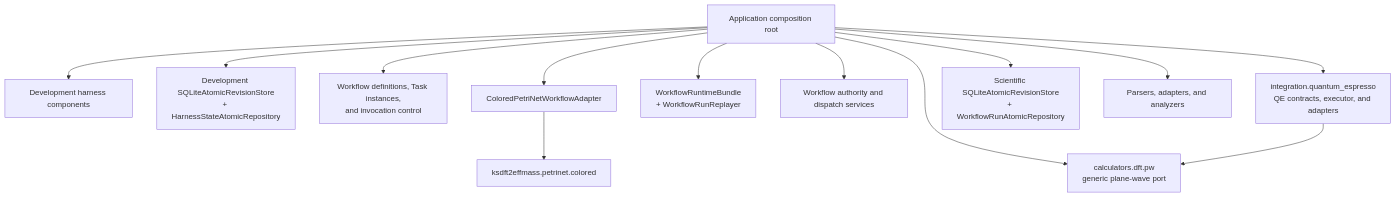
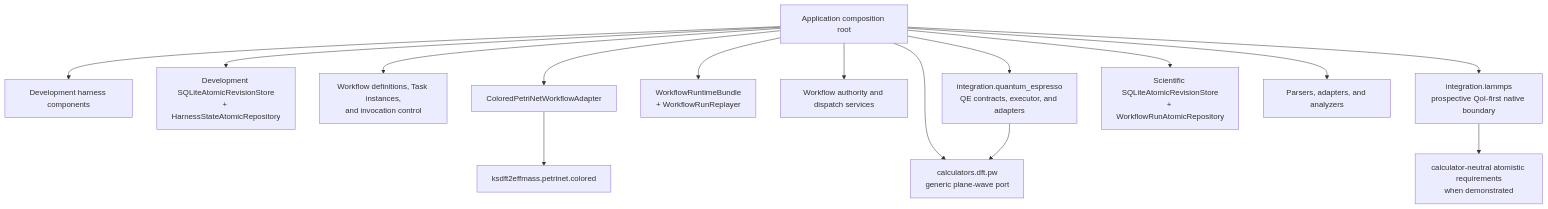
The diagram in docs/architecture/v2/ksdft2effmass/application/index.md (eragasa/ksdft2effmass), drawn with Mermaid before and after one commit. The commit also changed other lines of this file and 57 other files, not shown here.

````diff
--- a/docs/architecture/v2/ksdft2effmass/application/index.md
+++ b/docs/architecture/v2/ksdft2effmass/application/index.md
@@ -7,15 +7,17 @@
 ```mermaid
 flowchart TD
     app["Application composition root"] --> harness["Development harness components"]
     app --> harness_store["Development SQLiteAtomicRevisionStore<br/>+ HarnessStateAtomicRepository"]
     app --> workflow["Workflow definitions, Task instances,<br/>and invocation control"]
     app --> adapter["ColoredPetriNetWorkflowAdapter"]
     adapter --> generic["ksdft2effmass.petrinet.colored"]
     app --> replay["WorkflowRuntimeBundle<br/>+ WorkflowRunReplayer"]
     app --> authority["Workflow authority and dispatch services"]
     app --> pw_port["calculators.dft.pw<br/>generic plane-wave port"]
     app --> qe_integration["integration.quantum_espresso<br/>QE contracts, executor, and adapters"]
     qe_integration --> pw_port
+    app --> lammps_integration["integration.lammps<br/>prospective QoI-first native boundary"]
+    lammps_integration --> calculators["calculator-neutral atomistic requirements<br/>when demonstrated"]
     app --> workflow_store["Scientific SQLiteAtomicRevisionStore<br/>+ WorkflowRunAtomicRepository"]
     app --> analysis["Parsers, adapters, and analyzers"]
 ```
````
